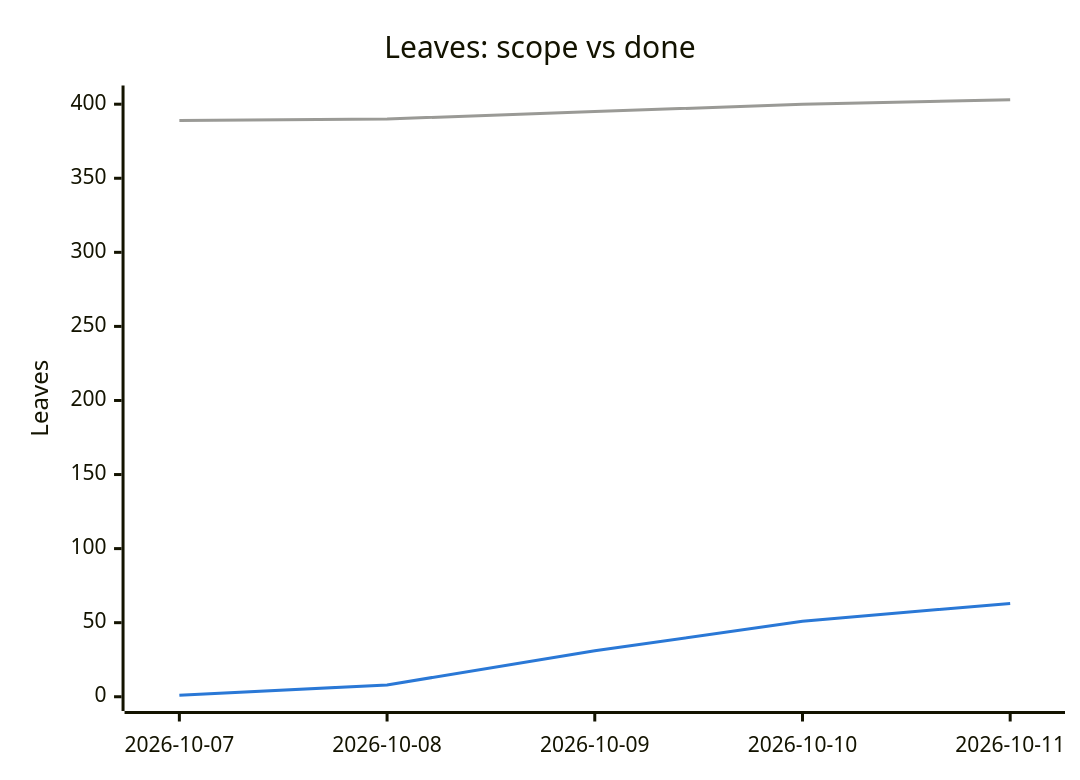
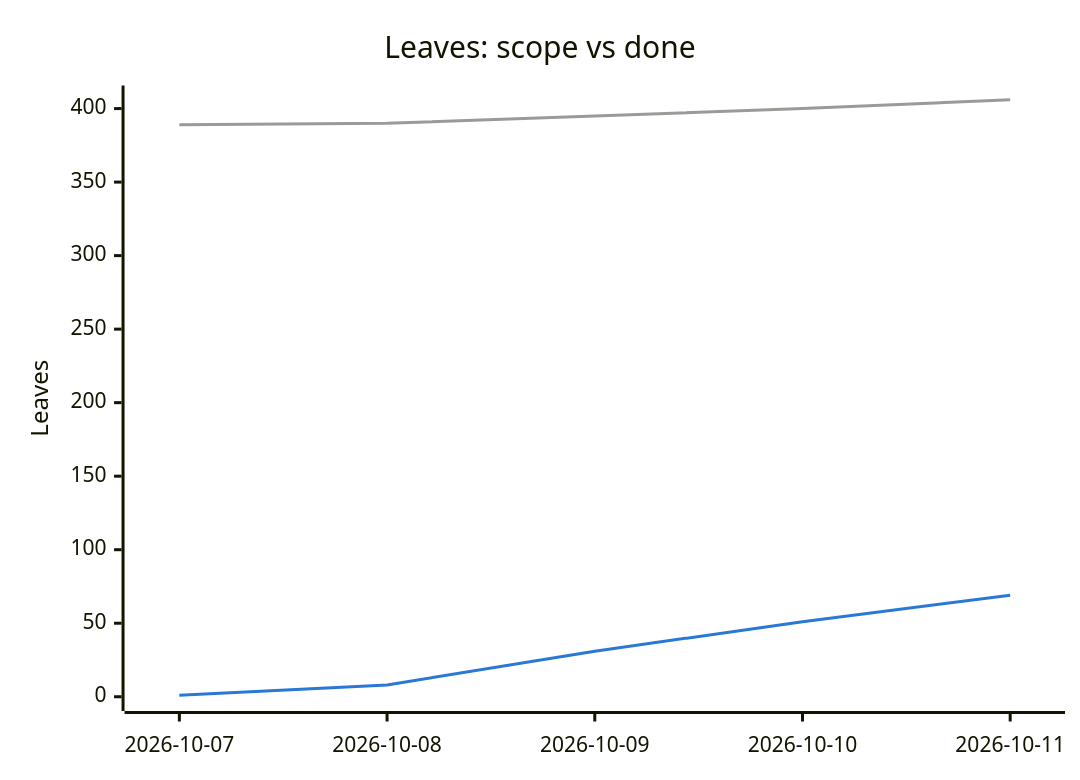
Before and after one commit to tomiok/persiaDB: the second of 2 diagrams in PROGRESS.md, drawn with Mermaid. The commit also changed other lines of this file and 5 other files, not shown here.

First line of the commit message:
fix(format): address batch review of 1.7; tick ROADMAP 1.7.1, 1.7.2.1-1.7.2.3, 1.7.3, 1.7.4

````diff
--- a/PROGRESS.md
+++ b/PROGRESS.md
@@ -110,14 +105,14 @@
 ```mermaid
 ---
 config:
   themeVariables:
     xyChart:
       plotColorPalette: "#9a9a96, #2a78d6"
 ---
 xychart-beta
   title "Leaves: scope vs done"
   x-axis ["2026-10-07", "2026-10-08", "2026-10-09", "2026-10-10", "2026-10-11"]
-  y-axis "Leaves" 0 --> 403
-  line [389, 390, 395, 400, 403]
-  line [1, 8, 31, 51, 63]
+  y-axis "Leaves" 0 --> 406
+  line [389, 390, 395, 400, 406]
+  line [1, 8, 31, 51, 69]
 ```
````
